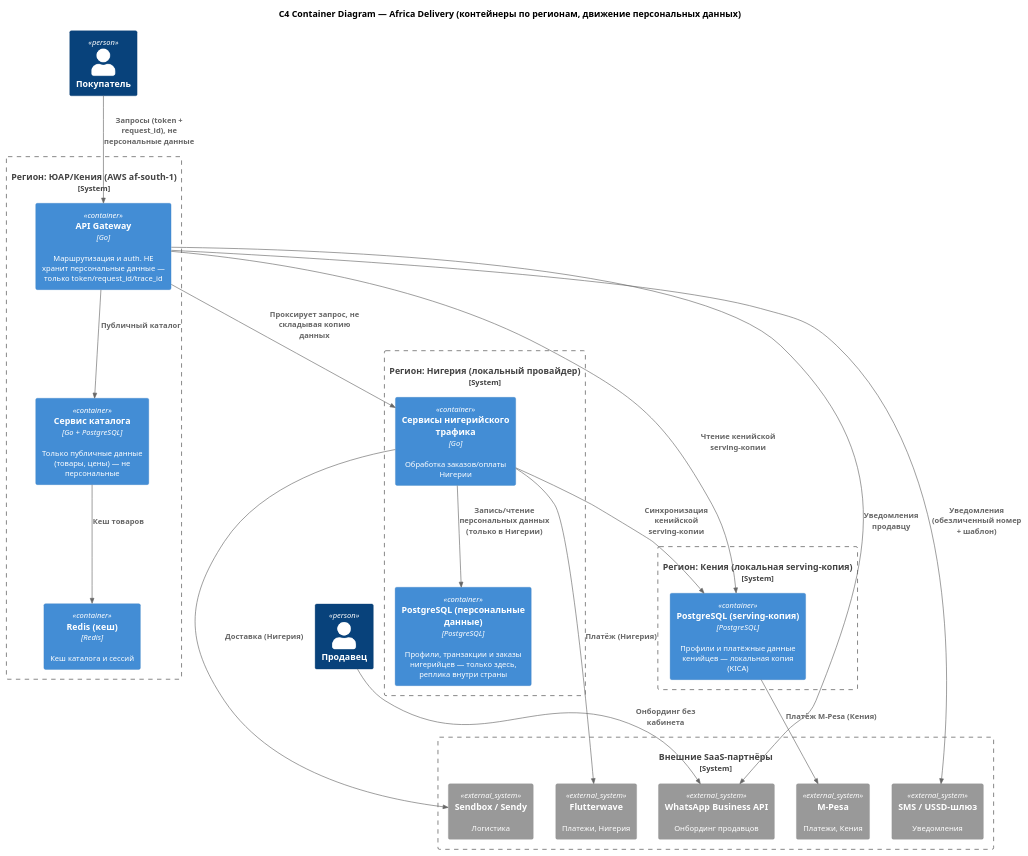
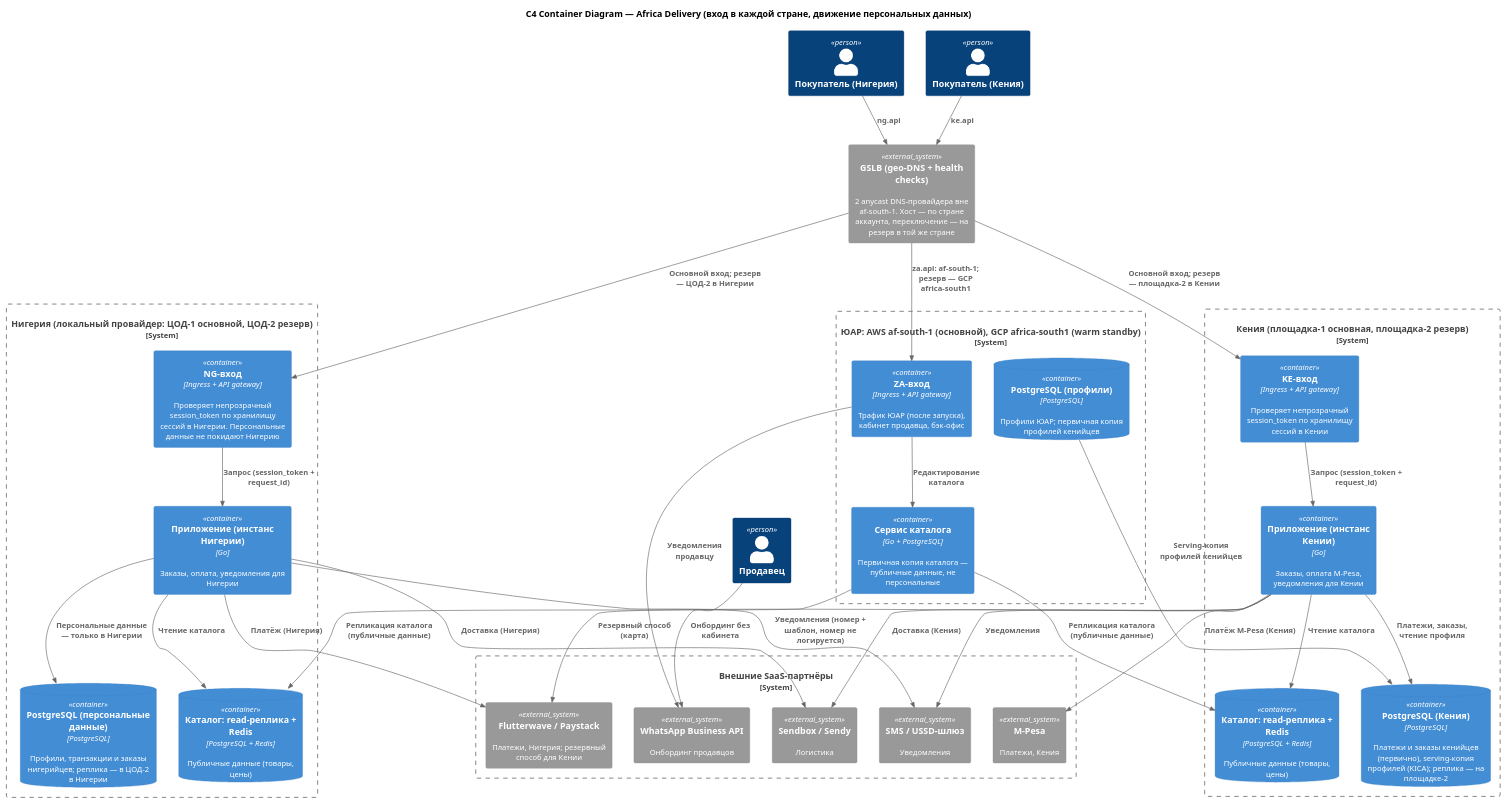
One commit to Zemond/Africa_Delivery changed the diagram in Task4/c4-container.puml. Above: the diagram before and after it, drawn with PlantUML. The commit also changed 23 other files, not shown here.

```diff
--- a/Task4/c4-container.puml
+++ b/Task4/c4-container.puml
@@ -1,47 +1,66 @@
 @startuml
 !include <C4/C4_Container>
 skinparam defaultFontSize 12
 skinparam backgroundColor #FFFFFF
 
-title C4 Container Diagram — Africa Delivery (контейнеры по регионам, движение персональных данных)
+title C4 Container Diagram — Africa Delivery (вход в каждой стране, движение персональных данных)
 
-Person(customer, "Покупатель", "")
+Person(customer_ng, "Покупатель (Нигерия)", "")
+Person(customer_ke, "Покупатель (Кения)", "")
 Person(seller, "Продавец", "")
 
-System_Boundary(za, "Регион: ЮАР/Кения (AWS af-south-1)") {
-  Container(api, "API Gateway", "Go", "Маршрутизация и auth. НЕ хранит персональные данные — только token/request_id/trace_id")
-  Container(catalog, "Сервис каталога", "Go + PostgreSQL", "Только публичные данные (товары, цены) — не персональные")
-  Container(cache, "Redis (кеш)", "Redis", "Кеш каталога и сессий")
+System_Ext(gslb, "GSLB (geo-DNS + health checks)", "2 anycast DNS-провайдера вне af-south-1. Хост — по стране аккаунта, переключение — на резерв в той же стране")
+
+System_Boundary(ng, "Нигерия (локальный провайдер: ЦОД-1 основной, ЦОД-2 резерв)") {
+  Container(ngin, "NG-вход", "Ingress + API gateway", "Проверяет непрозрачный session_token по хранилищу сессий в Нигерии. Персональные данные не покидают Нигерию")
+  Container(ngsvc, "Приложение (инстанс Нигерии)", "Go", "Заказы, оплата, уведомления для Нигерии")
+  ContainerDb(ngdb, "PostgreSQL (персональные данные)", "PostgreSQL", "Профили, транзакции и заказы нигерийцев; реплика — в ЦОД-2 в Нигерии")
+  ContainerDb(ngcat, "Каталог: read-реплика + Redis", "PostgreSQL + Redis", "Публичные данные (товары, цены)")
 }
 
-System_Boundary(ng, "Регион: Нигерия (локальный провайдер)") {
-  Container(ngdb, "PostgreSQL (персональные данные)", "PostgreSQL", "Профили, транзакции и заказы нигерийцев — только здесь, реплика внутри страны")
-  Container(ngsvc, "Сервисы нигерийского трафика", "Go", "Обработка заказов/оплаты Нигерии")
+System_Boundary(ke, "Кения (площадка-1 основная, площадка-2 резерв)") {
+  Container(kein, "KE-вход", "Ingress + API gateway", "Проверяет непрозрачный session_token по хранилищу сессий в Кении")
+  Container(kesvc, "Приложение (инстанс Кении)", "Go", "Заказы, оплата M-Pesa, уведомления для Кении")
+  ContainerDb(kedb, "PostgreSQL (Кения)", "PostgreSQL", "Платежи и заказы кенийцев (первично), serving-копия профилей (KICA); реплика — на площадке-2")
+  ContainerDb(kecat, "Каталог: read-реплика + Redis", "PostgreSQL + Redis", "Публичные данные (товары, цены)")
 }
 
-System_Boundary(ke, "Регион: Кения (локальная serving-копия)") {
-  Container(kedb, "PostgreSQL (serving-копия)", "PostgreSQL", "Профили и платёжные данные кенийцев — локальная копия (KICA)")
+System_Boundary(za, "ЮАР: AWS af-south-1 (основной), GCP africa-south1 (warm standby)") {
+  Container(zain, "ZA-вход", "Ingress + API gateway", "Трафик ЮАР (после запуска), кабинет продавца, бэк-офис")
+  Container(catalog, "Сервис каталога", "Go + PostgreSQL", "Первичная копия каталога — публичные данные, не персональные")
+  ContainerDb(zadb, "PostgreSQL (профили)", "PostgreSQL", "Профили ЮАР; первичная копия профилей кенийцев")
 }
 
 System_Boundary(ext, "Внешние SaaS-партнёры") {
   System_Ext(mpesa, "M-Pesa", "Платежи, Кения")
-  System_Ext(flutterwave, "Flutterwave", "Платежи, Нигерия")
+  System_Ext(flutterwave, "Flutterwave / Paystack", "Платежи, Нигерия; резервный способ для Кении")
   System_Ext(sendbox, "Sendbox / Sendy", "Логистика")
   System_Ext(smsgw, "SMS / USSD-шлюз", "Уведомления")
   System_Ext(whatsapp, "WhatsApp Business API", "Онбординг продавцов")
 }
 
-Rel(customer, api, "Запросы (token + request_id), не персональные данные")
+Rel(customer_ng, gslb, "ng.api")
+Rel(customer_ke, gslb, "ke.api")
+Rel(gslb, ngin, "Основной вход; резерв — ЦОД-2 в Нигерии")
+Rel(gslb, kein, "Основной вход; резерв — площадка-2 в Кении")
+Rel(gslb, zain, "za.api: af-south-1; резерв — GCP africa-south1")
 Rel(seller, whatsapp, "Онбординг без кабинета")
-Rel(api, catalog, "Публичный каталог")
-Rel(catalog, cache, "Кеш товаров")
-Rel(api, ngsvc, "Проксирует запрос, не складывая копию данных")
-Rel(ngsvc, ngdb, "Запись/чтение персональных данных (только в Нигерии)")
+Rel(ngin, ngsvc, "Запрос (session_token + request_id)")
+Rel(ngsvc, ngdb, "Персональные данные — только в Нигерии")
+Rel(ngsvc, ngcat, "Чтение каталога")
+Rel(kein, kesvc, "Запрос (session_token + request_id)")
+Rel(kesvc, kedb, "Платежи, заказы, чтение профиля")
+Rel(kesvc, kecat, "Чтение каталога")
+Rel(zain, catalog, "Редактирование каталога")
+Rel(catalog, ngcat, "Репликация каталога (публичные данные)")
+Rel(catalog, kecat, "Репликация каталога (публичные данные)")
+Rel(zadb, kedb, "Serving-копия профилей кенийцев")
 Rel(ngsvc, flutterwave, "Платёж (Нигерия)")
+Rel(kesvc, mpesa, "Платёж M-Pesa (Кения)")
+Rel(kesvc, flutterwave, "Резервный способ (карта)")
 Rel(ngsvc, sendbox, "Доставка (Нигерия)")
-Rel(api, kedb, "Чтение кенийской serving-копии")
-Rel(ngsvc, kedb, "Синхронизация кенийской serving-копии")
-Rel(kedb, mpesa, "Платёж M-Pesa (Кения)")
-Rel(api, smsgw, "Уведомления (обезличенный номер + шаблон)")
-Rel(api, whatsapp, "Уведомления продавцу")
+Rel(kesvc, sendbox, "Доставка (Кения)")
+Rel(ngsvc, smsgw, "Уведомления (номер + шаблон, номер не логируется)")
+Rel(kesvc, smsgw, "Уведомления")
+Rel(zain, whatsapp, "Уведомления продавцу")
 @enduml
```
